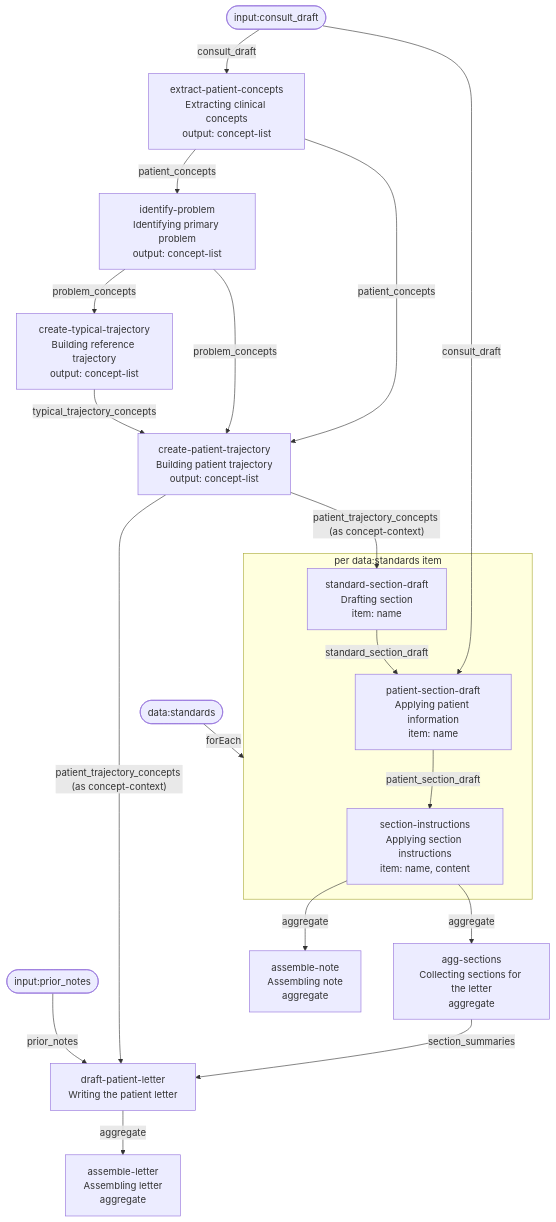
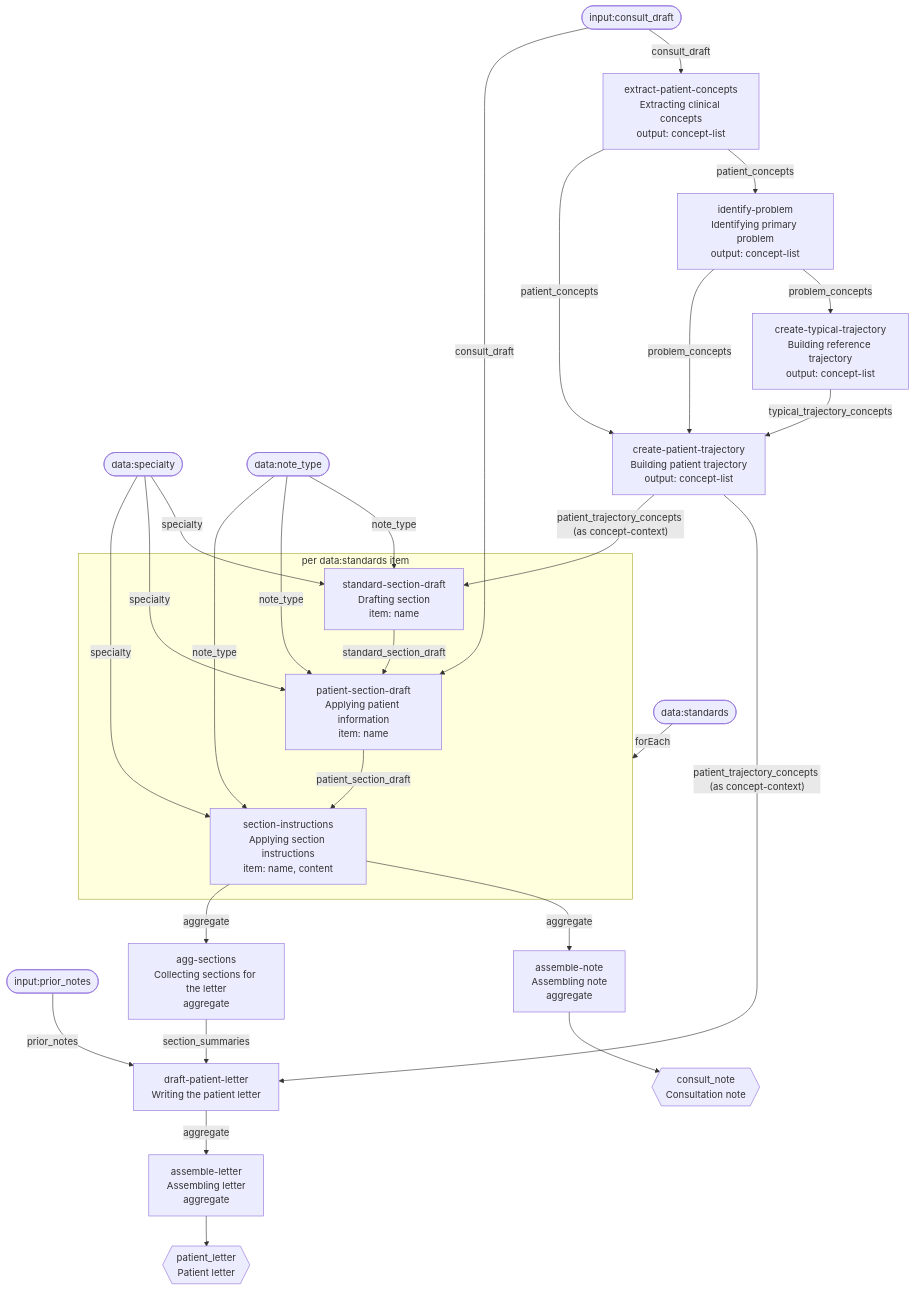
Before and after one commit to Consultologist/consultologist-workflows: the diagram in packages/example-two-documents/dag.mmd, drawn with Mermaid. The commit also changed 2 other files, not shown here.

Commit message:
Regenerate every diagram against the deliverable-aware generator
Each package now shows what it produces, and example-conditional-documents
shows what makes each of its two deliverables fire.

example-two-documents' diagram was also stale before this: specialty and
note_type were declared and bound in two later commits without
regenerating, so its checked-in diagram has been missing both sources and
six edges. Nothing diffs dag.mmd against its manifest.

```diff
--- a/packages/example-two-documents/dag.mmd
+++ b/packages/example-two-documents/dag.mmd
@@ -1,36 +1,49 @@
 flowchart TD
     input_consult_draft(["input:consult_draft"])
+    data_specialty(["data:specialty"])
+    data_note_type(["data:note_type"])
     data_standards(["data:standards"])
     input_prior_notes(["input:prior_notes"])
 
     extract_patient_concepts["extract-patient-concepts<br/>Extracting clinical concepts<br/>output: concept-list"]
     input_consult_draft -->|"consult_draft"| extract_patient_concepts
     identify_problem["identify-problem<br/>Identifying primary problem<br/>output: concept-list"]
     extract_patient_concepts -->|"patient_concepts"| identify_problem
     create_typical_trajectory["create-typical-trajectory<br/>Building reference trajectory<br/>output: concept-list"]
     identify_problem -->|"problem_concepts"| create_typical_trajectory
     create_patient_trajectory["create-patient-trajectory<br/>Building patient trajectory<br/>output: concept-list"]
     identify_problem -->|"problem_concepts"| create_patient_trajectory
     extract_patient_concepts -->|"patient_concepts"| create_patient_trajectory
     create_typical_trajectory -->|"typical_trajectory_concepts"| create_patient_trajectory
     assemble_note["assemble-note<br/>Assembling note<br/>aggregate"]
     section_instructions -->|"aggregate"| assemble_note
     agg_sections["agg-sections<br/>Collecting sections for the letter<br/>aggregate"]
     section_instructions -->|"aggregate"| agg_sections
     draft_patient_letter["draft-patient-letter<br/>Writing the patient letter"]
     agg_sections -->|"section_summaries"| draft_patient_letter
     create_patient_trajectory -->|"patient_trajectory_concepts (as concept-context)"| draft_patient_letter
     input_prior_notes -->|"prior_notes"| draft_patient_letter
     assemble_letter["assemble-letter<br/>Assembling letter<br/>aggregate"]
     draft_patient_letter -->|"aggregate"| assemble_letter
 
     data_standards -->|"forEach"| foreach_data_standards
     subgraph foreach_data_standards["per data:standards item"]
         standard_section_draft["standard-section-draft<br/>Drafting section<br/>item: name"]
         patient_section_draft["patient-section-draft<br/>Applying patient information<br/>item: name"]
         section_instructions["section-instructions<br/>Applying section instructions<br/>item: name, content"]
         standard_section_draft -->|"standard_section_draft"| patient_section_draft
         patient_section_draft -->|"patient_section_draft"| section_instructions
     end
     create_patient_trajectory -->|"patient_trajectory_concepts (as concept-context)"| standard_section_draft
+    data_specialty -->|"specialty"| standard_section_draft
+    data_note_type -->|"note_type"| standard_section_draft
     input_consult_draft -->|"consult_draft"| patient_section_draft
+    data_specialty -->|"specialty"| patient_section_draft
+    data_note_type -->|"note_type"| patient_section_draft
+    data_specialty -->|"specialty"| section_instructions
+    data_note_type -->|"note_type"| section_instructions
+
+    result_consult_note{{"consult_note<br/>Consultation note"}}
+    assemble_note --> result_consult_note
+    result_patient_letter{{"patient_letter<br/>Patient letter"}}
+    assemble_letter --> result_patient_letter
```
